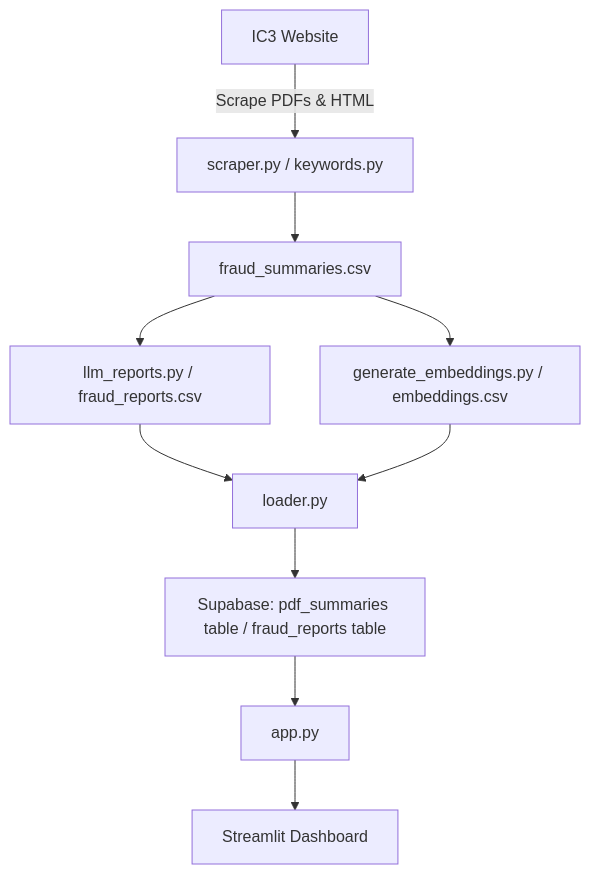
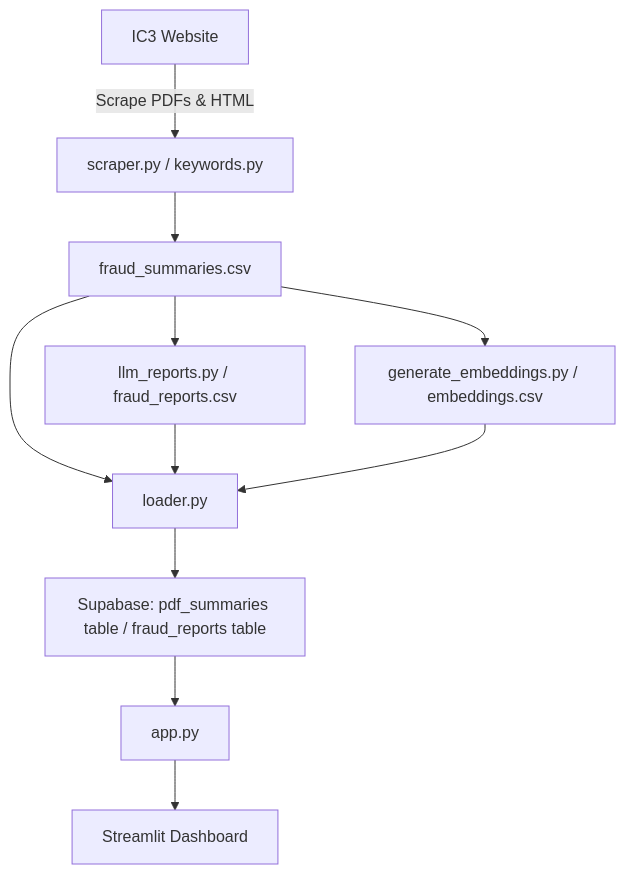
Before and after one commit to JaysonAllman/DTSC-Fraud-Project: the diagram in README.md, drawn with Mermaid.

````diff
--- a/README.md
+++ b/README.md
@@ -44,16 +44,17 @@
 ```mermaid
 graph TD
     A[IC3 Website] -->|Scrape PDFs & HTML| B[scraper.py / keywords.py]
     B --> C[fraud_summaries.csv]
 
     C --> D[llm_reports.py / fraud_reports.csv]
     C --> I[generate_embeddings.py / embeddings.csv]
+    C --> E[loader.py]
 
     D --> E[loader.py]
     I --> E[loader.py]
 
     E --> F[Supabase: pdf_summaries table / fraud_reports table]
     F --> G[app.py]
     G --> H[Streamlit Dashboard]
 
 ```
````
